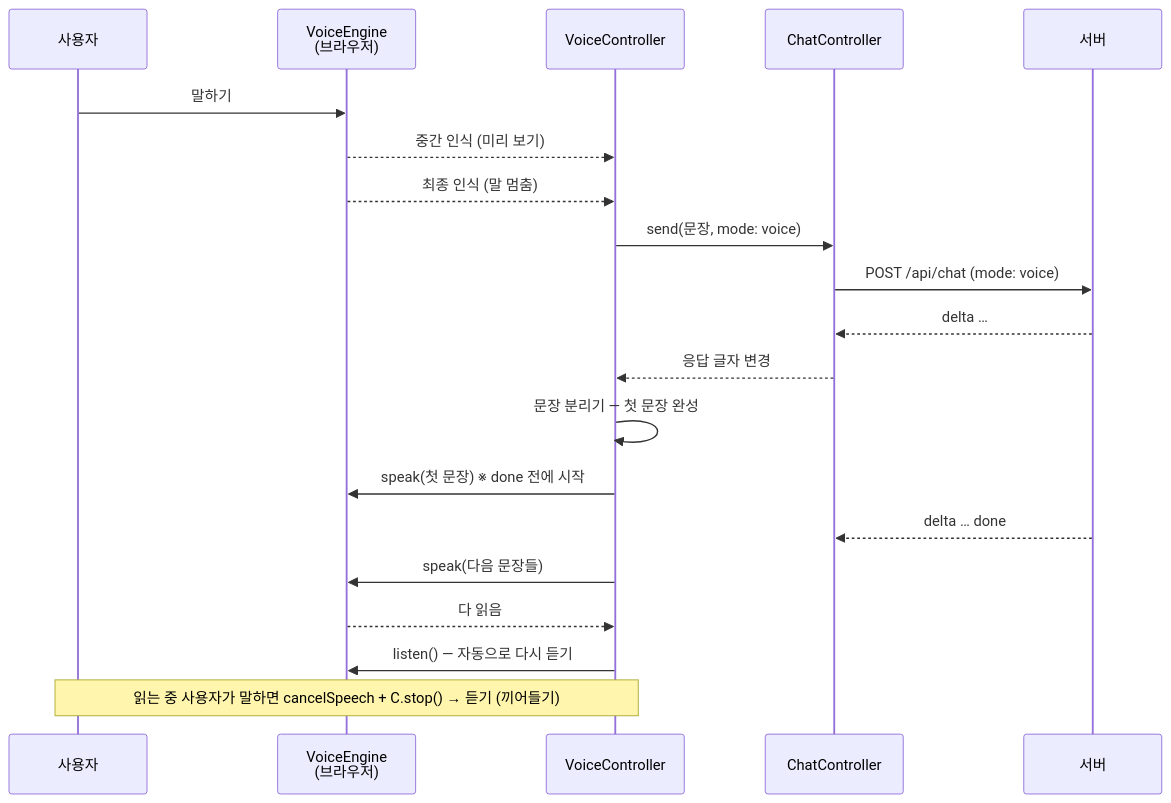
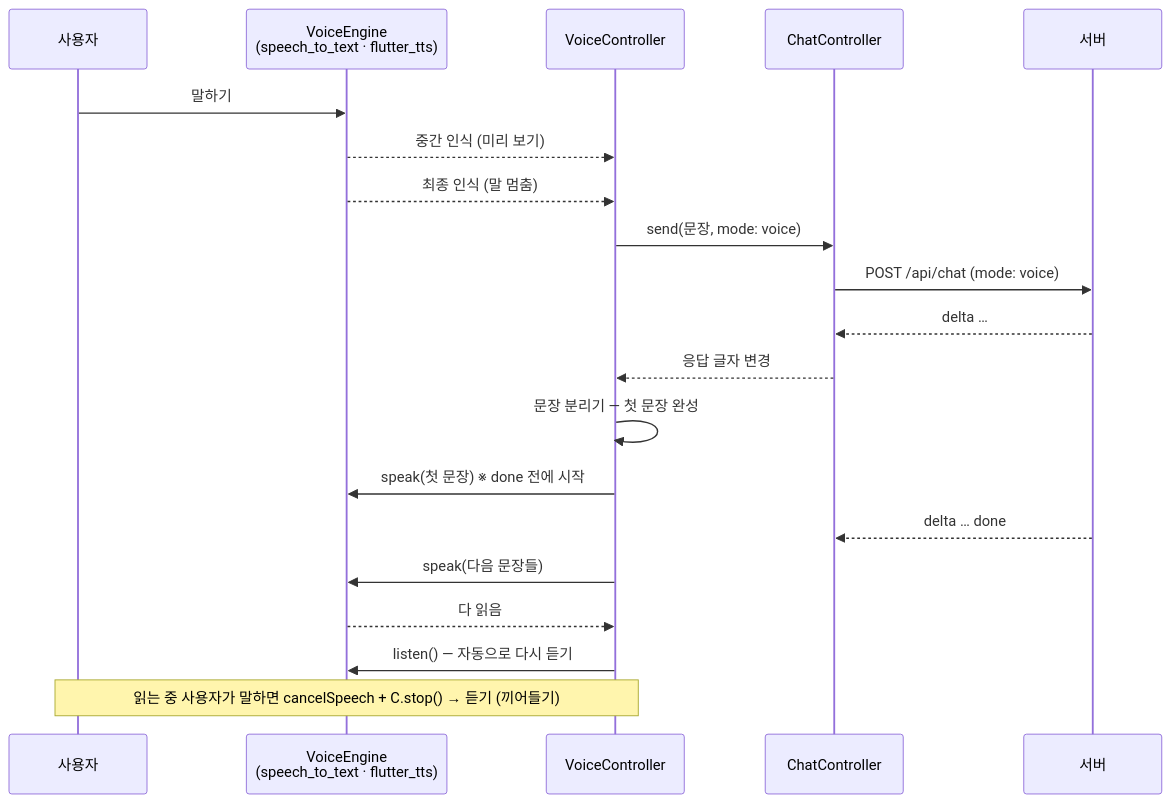
The sixth of 8 diagrams in ARCHITECTURE.md (kimtaesung98/ai-agent-chat-demo), drawn with Mermaid before and after one commit. The commit also changed other lines of this file and 39 other files, not shown here.

First line of the commit message:
feat: F-012 voice conversation (listen, auto-send, sentence TTS, barge-in)

````diff
--- a/ARCHITECTURE.md
+++ b/ARCHITECTURE.md
@@ -331,22 +331,22 @@
 ```mermaid
 sequenceDiagram
     participant U as 사용자
-    participant E as VoiceEngine<br>(브라우저)
+    participant E as VoiceEngine<br>(speech_to_text · flutter_tts)
     participant V as VoiceController
     participant C as ChatController
     participant S as 서버
     U->>E: 말하기
     E-->>V: 중간 인식 (미리 보기)
     E-->>V: 최종 인식 (말 멈춤)
     V->>C: send(문장, mode: voice)
     C->>S: POST /api/chat (mode: voice)
     S-->>C: delta …
     C-->>V: 응답 글자 변경
     V->>V: 문장 분리기 — 첫 문장 완성
     V->>E: speak(첫 문장)  ※ done 전에 시작
     S-->>C: delta … done
     V->>E: speak(다음 문장들)
     E-->>V: 다 읽음
     V->>E: listen() — 자동으로 다시 듣기
     Note over U,V: 읽는 중 사용자가 말하면 cancelSpeech + C.stop() → 듣기 (끼어들기)
 ```
````
